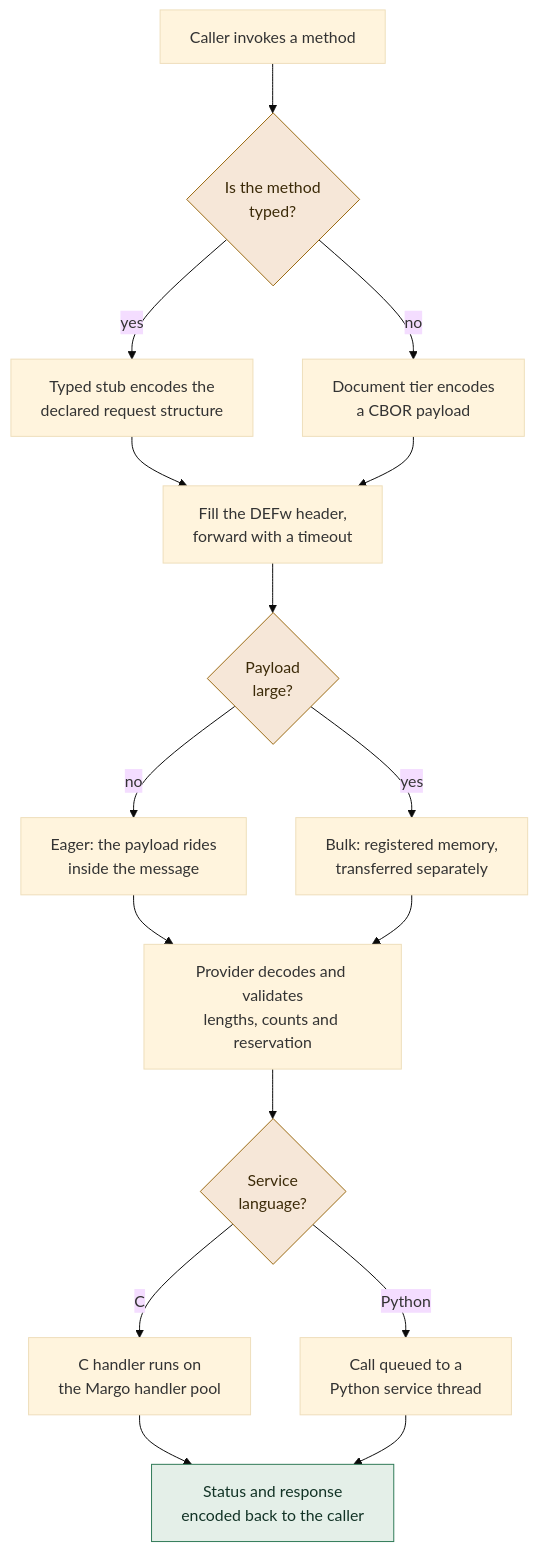
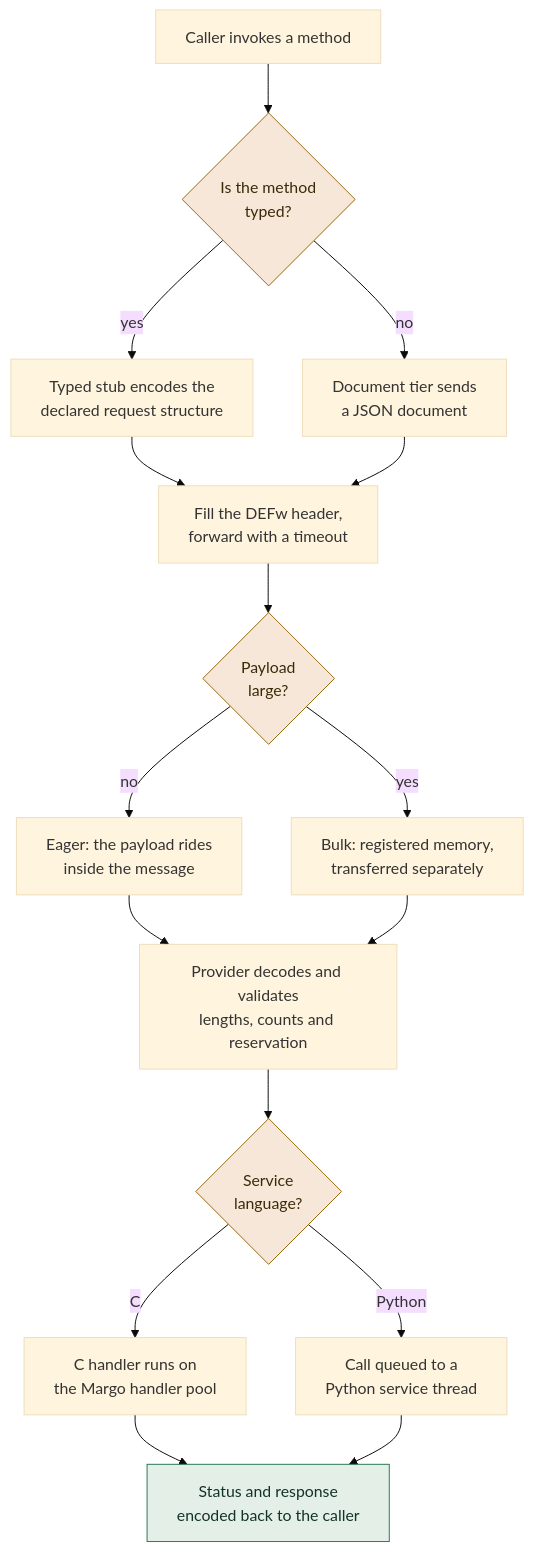
One commit to openQSE/DEFw changed the fourth of 9 diagrams in docs/design_v2.md. Above: the diagram before and after it, drawn with Mermaid (base theme). The commit also changed other lines of this file and 2 other files, not shown here.

First line of the commit message:
DEFw: document the document tier

````diff
--- a/docs/design_v2.md
+++ b/docs/design_v2.md
@@ -643,37 +643,37 @@
 ```mermaid
 flowchart TB
     Call["Caller invokes a method"]
     Tier{"Is the method<br/>typed?"}
     Typed["Typed stub encodes the<br/>declared request structure"]
-    Doc["Document tier encodes<br/>a CBOR payload"]
+    Doc["Document tier sends<br/>a JSON document"]
     Fwd["Fill the DEFw header,<br/>forward with a timeout"]
     Size{"Payload<br/>large?"}
     Eager["Eager: the payload rides<br/>inside the message"]
     BulkPath["Bulk: registered memory,<br/>transferred separately"]
     Decode["Provider decodes and validates<br/>lengths, counts and reservation"]
     Lang{"Service<br/>language?"}
     CH["C handler runs on<br/>the Margo handler pool"]
     PyH["Call queued to a<br/>Python service thread"]
     Resp["Status and response<br/>encoded back to the caller"]
 
     Call --> Tier
     Tier -- yes --> Typed
     Tier -- no --> Doc
     Typed --> Fwd
     Doc --> Fwd
     Fwd --> Size
     Size -- no --> Eager
     Size -- yes --> BulkPath
     Eager --> Decode
     BulkPath --> Decode
     Decode --> Lang
     Lang -- C --> CH
     Lang -- Python --> PyH
     CH --> Resp
     PyH --> Resp
 
     classDef choice fill:#f6e7d8,stroke:#9a6a12,color:#3b2a08
     classDef done fill:#e4efe8,stroke:#2f7a57,color:#123326
     class Tier,Size,Lang choice
     class Resp done
 ```
````
